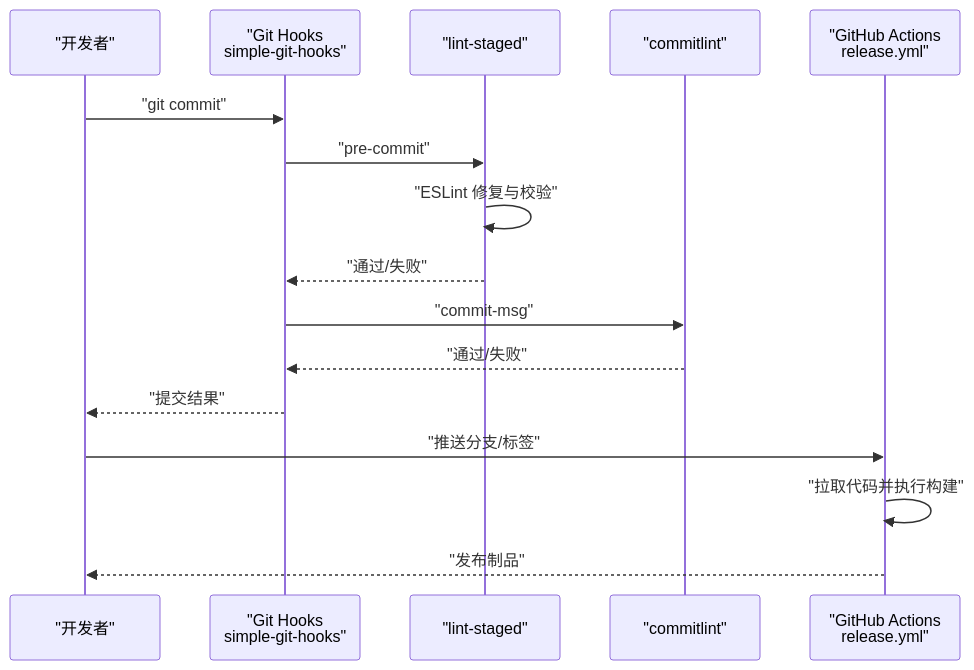
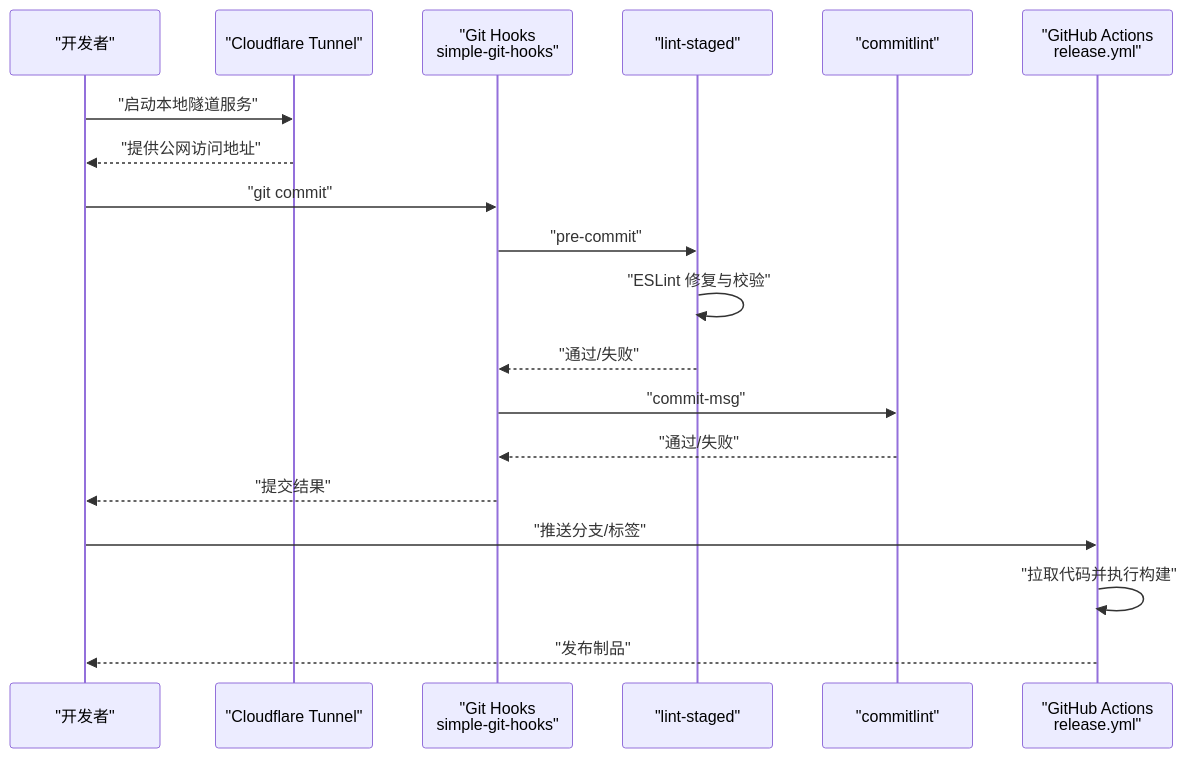
The second of 10 diagrams in .qoder/repowiki/zh/content/开发工具与规范/开发工具与规范.md (giserman001/vue3-vant4-mobile), drawn with Mermaid before and after one commit. The commit also changed other lines of this file and 13 other files, not shown here.

````diff
--- a/.qoder/repowiki/zh/content/开发工具与规范/开发工具与规范.md
+++ b/.qoder/repowiki/zh/content/开发工具与规范/开发工具与规范.md
@@ -100,18 +106,21 @@
 ```mermaid
 sequenceDiagram
 participant Dev as "开发者"
+participant Cloudflare as "Cloudflare Tunnel"
 participant Git as "Git Hooks<br/>simple-git-hooks"
 participant LS as "lint-staged"
 participant CL as "commitlint"
 participant CI as "GitHub Actions<br/>release.yml"
+Dev->>Cloudflare : "启动本地隧道服务"
+Cloudflare-->>Dev : "提供公网访问地址"
 Dev->>Git : "git commit"
 Git->>LS : "pre-commit"
 LS->>LS : "ESLint 修复与校验"
 LS-->>Git : "通过/失败"
 Git->>CL : "commit-msg"
 CL-->>Git : "通过/失败"
 Git-->>Dev : "提交结果"
 Dev->>CI : "推送分支/标签"
 CI->>CI : "拉取代码并执行构建"
 CI-->>Dev : "发布制品"
 ```
````
